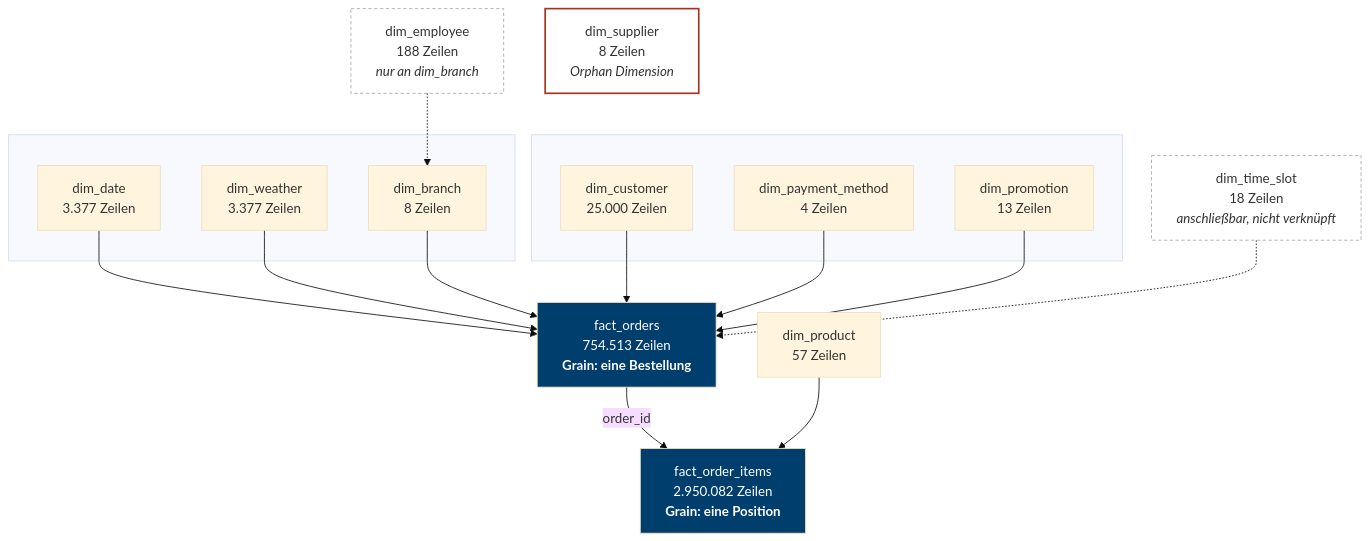
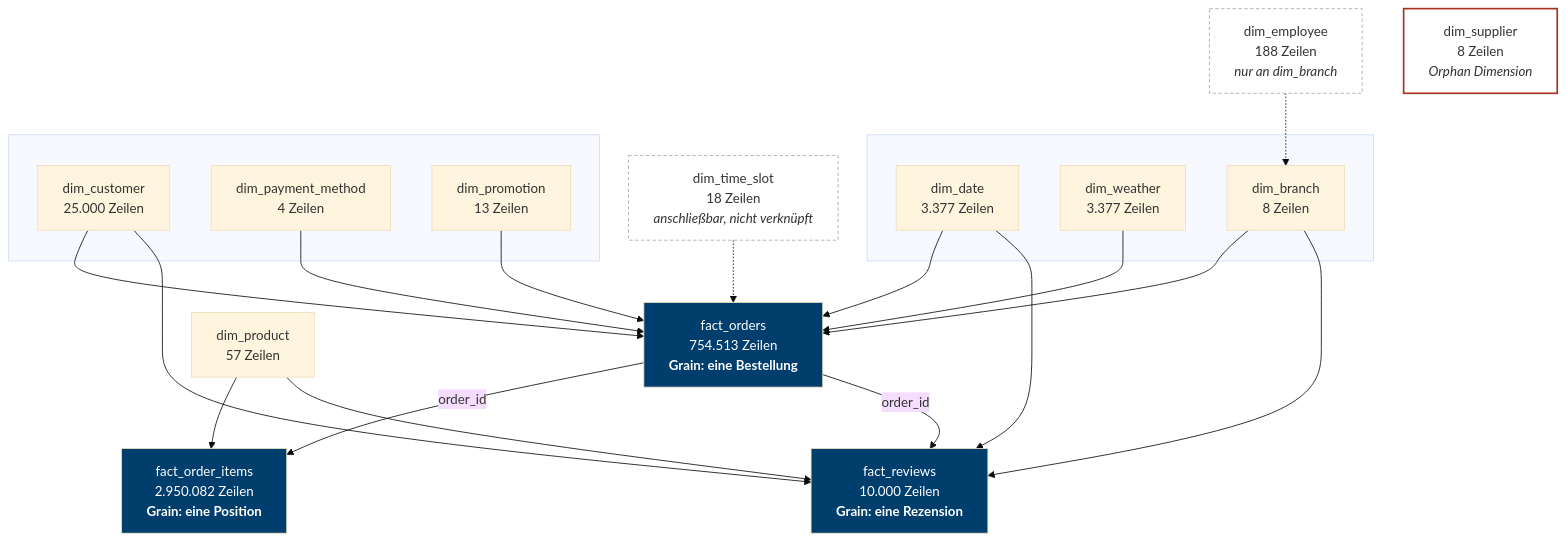
Before and after one commit to swrobuts/BurgerMetrics: the second of 3 diagrams in docs/02-datenmodell.md, drawn with Mermaid (base theme). The commit also changed other lines of this file and 5 other files, not shown here.

````diff
--- a/docs/02-datenmodell.md
+++ b/docs/02-datenmodell.md
@@ -99,41 +99,48 @@
 ```mermaid
 graph TB
     subgraph DIMS_A [" "]
         DATE[dim_date<br/>3.377 Zeilen]
         WEATHER[dim_weather<br/>3.377 Zeilen]
         BRANCH[dim_branch<br/>8 Zeilen]
     end
 
     ORDERS[fact_orders<br/>754.513 Zeilen<br/><b>Grain: eine Bestellung</b>]
     ITEMS[fact_order_items<br/>2.950.082 Zeilen<br/><b>Grain: eine Position</b>]
+    REVIEWS[fact_reviews<br/>10.000 Zeilen<br/><b>Grain: eine Rezension</b>]
 
     subgraph DIMS_B [" "]
         CUSTOMER[dim_customer<br/>25.000 Zeilen]
         PAYMENT[dim_payment_method<br/>4 Zeilen]
         PROMO[dim_promotion<br/>13 Zeilen]
     end
 
     PRODUCT[dim_product<br/>57 Zeilen]
 
     DATE --> ORDERS
     WEATHER --> ORDERS
     BRANCH --> ORDERS
     CUSTOMER --> ORDERS
     PAYMENT --> ORDERS
     PROMO --> ORDERS
     ORDERS -->|order_id| ITEMS
     PRODUCT --> ITEMS
+    DATE --> REVIEWS
+    CUSTOMER --> REVIEWS
+    BRANCH --> REVIEWS
+    PRODUCT --> REVIEWS
+    ORDERS -->|order_id| REVIEWS
 
     EMP[dim_employee<br/>188 Zeilen<br/><i>nur an dim_branch</i>]
     SLOT[dim_time_slot<br/>18 Zeilen<br/><i>anschließbar, nicht verknüpft</i>]
     SUPP[dim_supplier<br/>8 Zeilen<br/><i>Orphan Dimension</i>]
 
     EMP -.-> BRANCH
     SLOT -.-> ORDERS
 
     style ORDERS fill:#003E6D,color:#fff
     style ITEMS fill:#003E6D,color:#fff
+    style REVIEWS fill:#003E6D,color:#fff
     style SUPP fill:#fff,stroke:#A8321E,stroke-width:2px
     style EMP fill:#fff,stroke:#9DA8AE,stroke-dasharray: 4 3
     style SLOT fill:#fff,stroke:#9DA8AE,stroke-dasharray: 4 3
 ```
````
